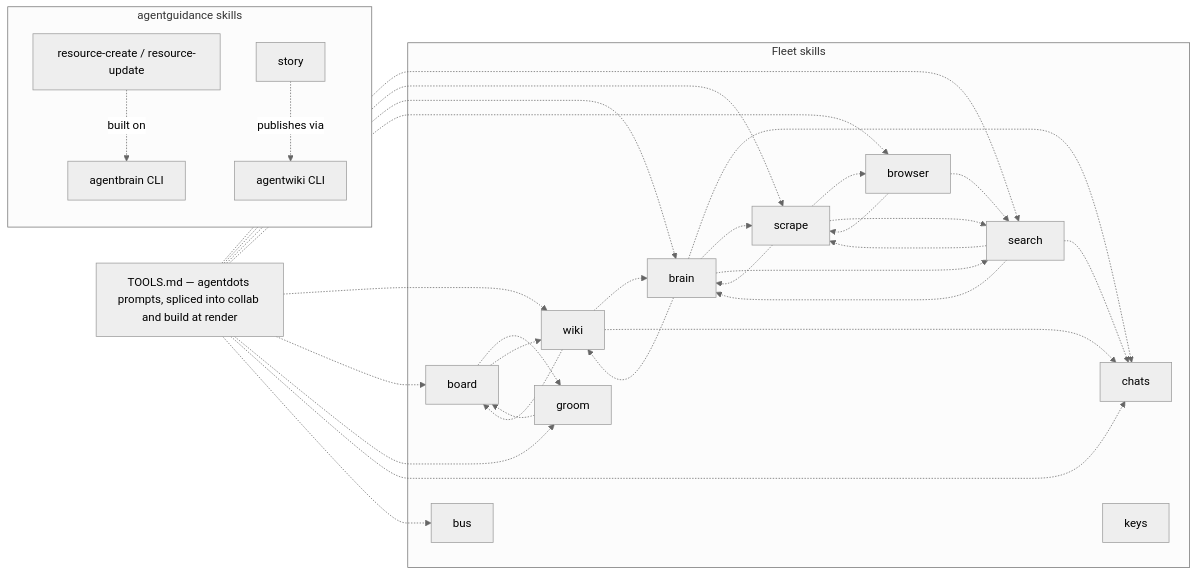
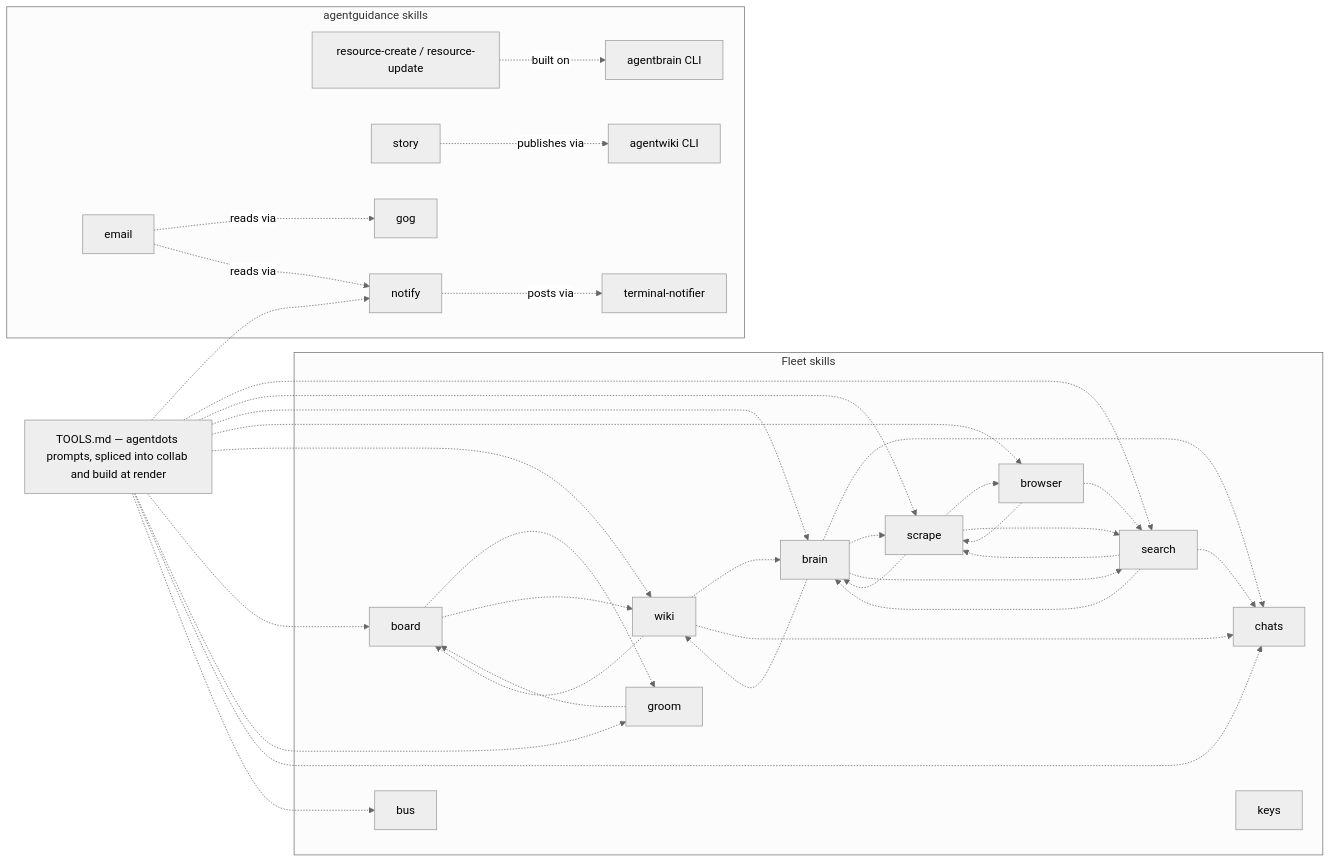
Before and after one commit to possibilities/agentdots: the third of 3 diagrams in skills/fleet/MAP.md, drawn with Mermaid (neutral theme). The commit also changed other lines of this file and 2 other files, not shown here.

First line of the commit message:
Advertise notify as a skill; drop the bare-command block

````diff
--- a/skills/fleet/MAP.md
+++ b/skills/fleet/MAP.md
@@ -92,22 +92,24 @@
 ```mermaid
 flowchart LR
     subgraph fleetSkills [Fleet skills]
         board -.-> groom & wiki
         groom -.-> board
         brain -.-> chats & scrape & search & wiki
         scrape -.-> brain & browser & search
         search -.-> brain & chats & scrape
         browser -.-> scrape & search
         wiki -.-> board & brain & chats
         chats
         keys
         bus
     end
 
     subgraph guidanceSkills [agentguidance skills]
         resource[resource-create / resource-update] -.->|built on| brainCli[agentbrain CLI]
         story -.->|publishes via| wikiCli[agentwiki CLI]
+        notify -.->|posts via| notifierCli[terminal-notifier]
+        email -.->|reads via| gogCli[gog] & notify
     end
 
-    tools[TOOLS.md — agentdots prompts, spliced into collab and build at render] -.-> search & scrape & brain & browser & wiki & board & groom & chats & bus
+    tools[TOOLS.md — agentdots prompts, spliced into collab and build at render] -.-> search & scrape & brain & browser & wiki & board & groom & chats & bus & notify
 ```
````
